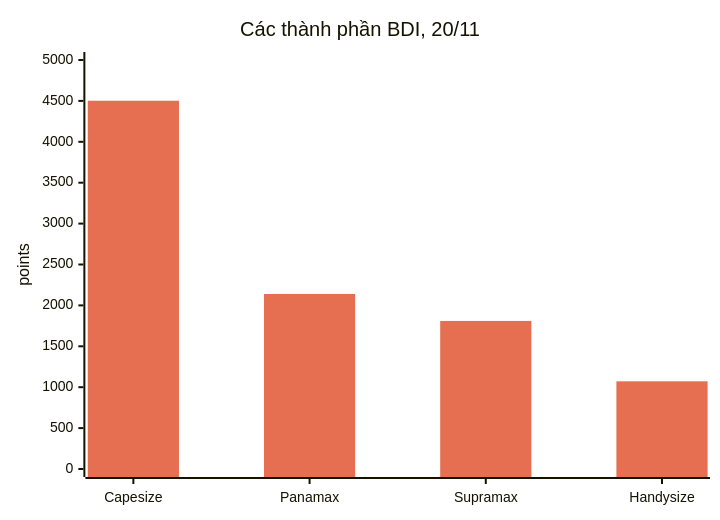
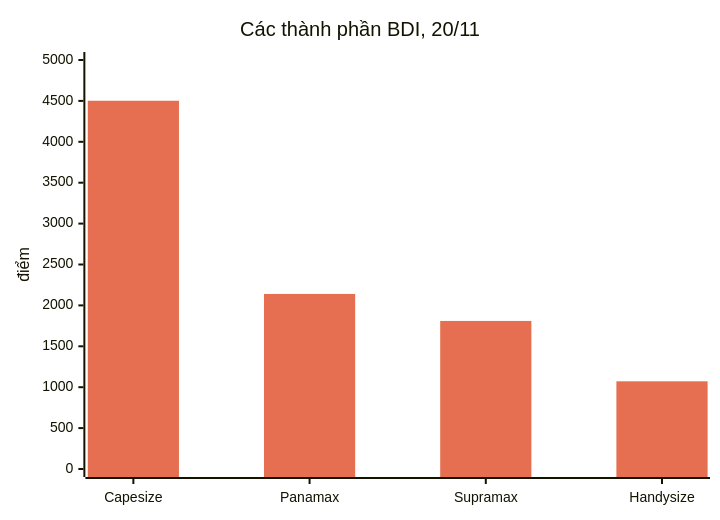
Diagram 12 of 15 in Global-Trade-Intelligence-weekly-2026-11-23/index.vi.md (dureach/research), drawn with Mermaid before and after one commit. The commit also changed other lines of this file and 5 other files, not shown here.

````diff
--- a/Global-Trade-Intelligence-weekly-2026-11-23/index.vi.md
+++ b/Global-Trade-Intelligence-weekly-2026-11-23/index.vi.md
@@ -548,8 +548,8 @@
 ```mermaid
 %%{init: {'theme': 'base', 'themeVariables': {'xyChart': {'plotColorPalette': '#e76f51'}}}}%%
 xychart-beta
     title "Các thành phần BDI, 20/11"
     x-axis ["Capesize", "Panamax", "Supramax", "Handysize"]
-    y-axis "points" 0 --> 5000
+    y-axis "điểm" 0 --> 5000
     bar [4502, 2140, 1810, 1072]
 ```
````
